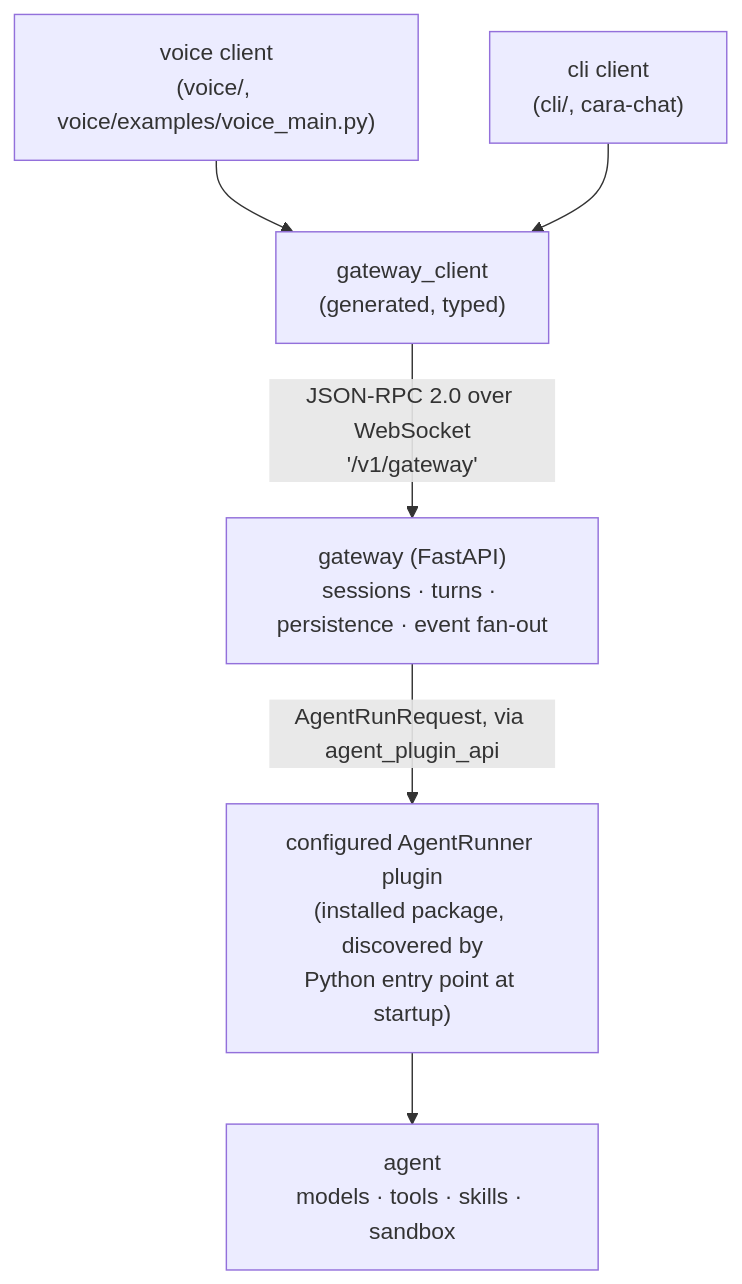
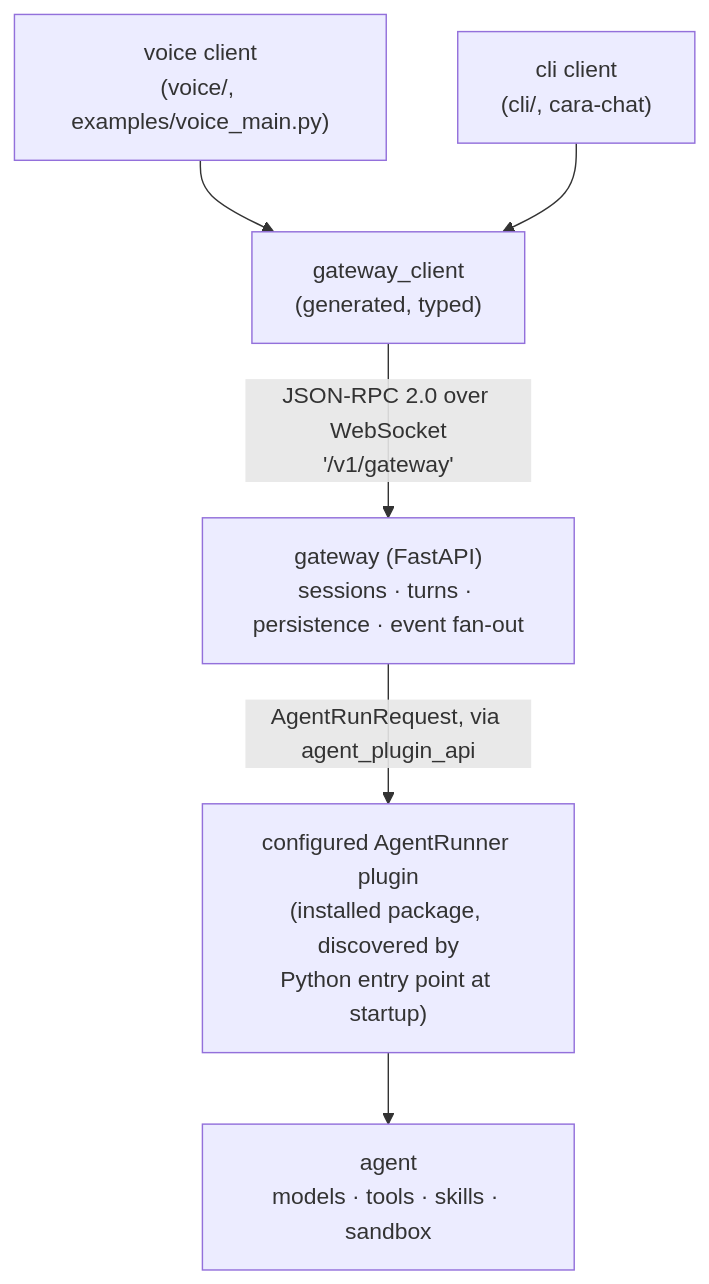
One commit to mathisarends/cara changed the first of 2 diagrams in README.md. Above: the diagram before and after it, drawn with Mermaid. The commit also changed other lines of this file and 2 other files, not shown here.

Commit message:
refactor: move voice_main.py example to root-level examples/
Keep the runnable example at the repo root rather than nested under
voice/, since it's the entry point for the whole client, not voice-internal.

````diff
--- a/README.md
+++ b/README.md
@@ -33,15 +33,15 @@
 ```mermaid
 flowchart TD
-    Voice["voice client<br/>(voice/, voice/examples/voice_main.py)"]
+    Voice["voice client<br/>(voice/, examples/voice_main.py)"]
     Cli["cli client<br/>(cli/, cara-chat)"]
     Client["gateway_client<br/>(generated, typed)"]
     Gateway["gateway (FastAPI)<br/>sessions · turns · persistence · event fan-out"]
     Plugin["configured AgentRunner plugin<br/>(installed package, discovered by<br/>Python entry point at startup)"]
     Agent["agent<br/>models · tools · skills · sandbox"]
 
     Voice --> Client
     Cli --> Client
     Client -- "JSON-RPC 2.0 over WebSocket<br/>'/v1/gateway'" --> Gateway
     Gateway -- "AgentRunRequest, via agent_plugin_api" --> Plugin
     Plugin --> Agent
 ```
````
